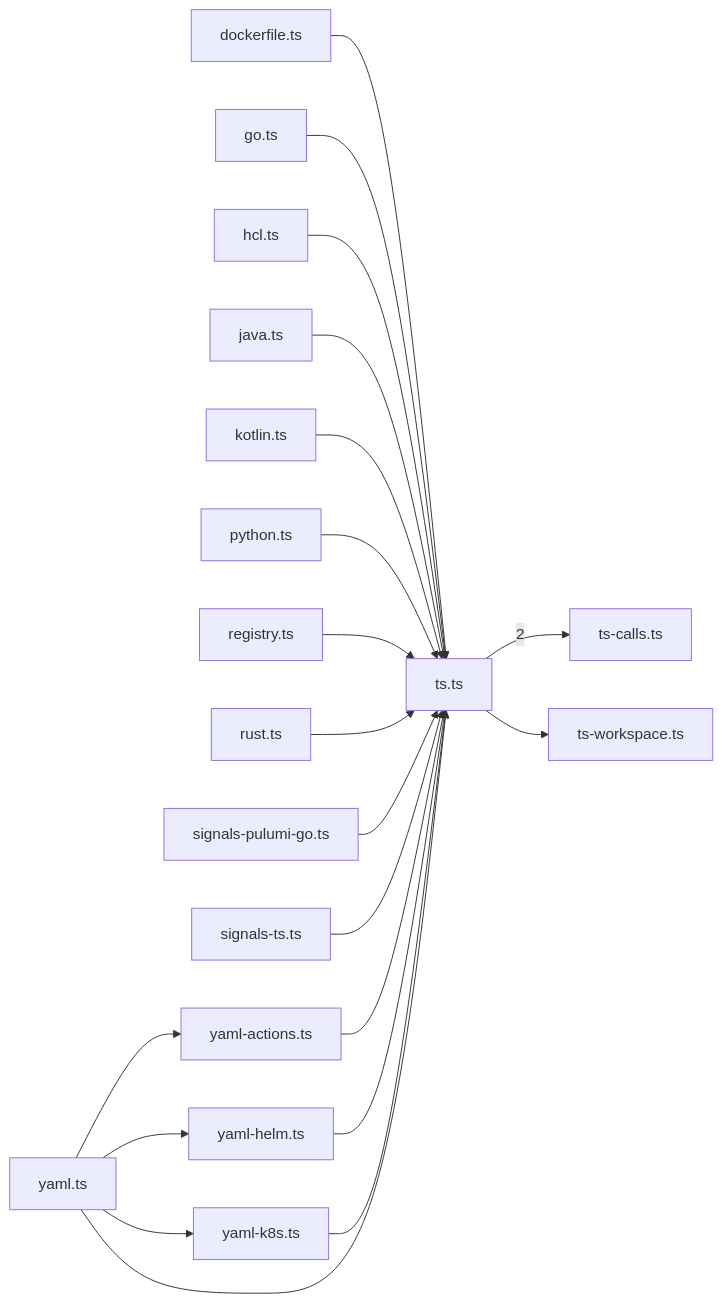
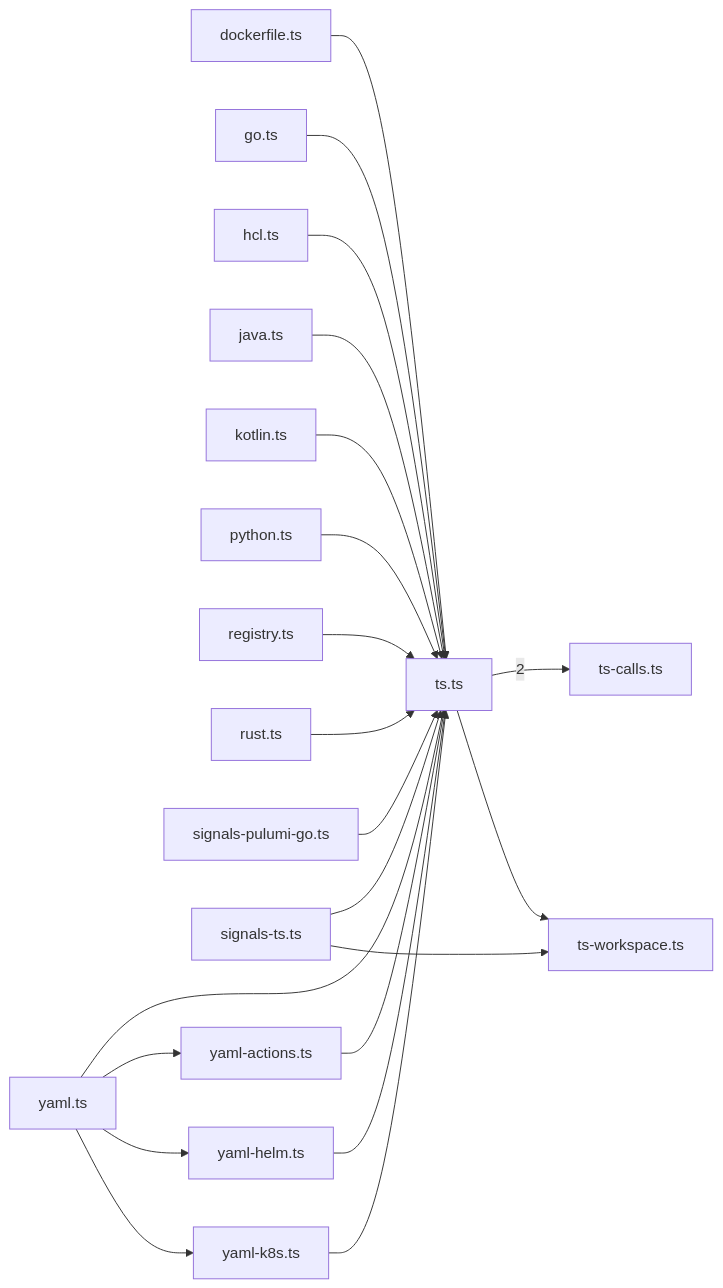
One commit to sns45/greplost changed the fourth of 6 diagrams in .greplost/packages/greplost__bench/MAP.md. Above: the diagram before and after it, drawn with Mermaid. The commit also changed other lines of this file and 50 other files, not shown here.

````diff
--- a/.greplost/packages/greplost__bench/MAP.md
+++ b/.greplost/packages/greplost__bench/MAP.md
@@ -157,39 +157,40 @@
 ```mermaid
 graph LR
   bench_src_truth_dockerfile_ts["dockerfile.ts"]
   bench_src_truth_go_ts["go.ts"]
   bench_src_truth_hcl_ts["hcl.ts"]
   bench_src_truth_java_ts["java.ts"]
   bench_src_truth_kotlin_ts["kotlin.ts"]
   bench_src_truth_python_ts["python.ts"]
   bench_src_truth_registry_ts["registry.ts"]
   bench_src_truth_rust_ts["rust.ts"]
   bench_src_truth_signals_pulumi_go_ts["signals-pulumi-go.ts"]
   bench_src_truth_signals_ts_ts["signals-ts.ts"]
   bench_src_truth_ts_calls_ts["ts-calls.ts"]
   bench_src_truth_ts_ts["ts.ts"]
   bench_src_truth_ts_workspace_ts["ts-workspace.ts"]
   bench_src_truth_yaml_actions_ts["yaml-actions.ts"]
   bench_src_truth_yaml_helm_ts["yaml-helm.ts"]
   bench_src_truth_yaml_k8s_ts["yaml-k8s.ts"]
   bench_src_truth_yaml_ts["yaml.ts"]
   bench_src_truth_dockerfile_ts --> bench_src_truth_ts_ts
   bench_src_truth_go_ts --> bench_src_truth_ts_ts
   bench_src_truth_hcl_ts --> bench_src_truth_ts_ts
   bench_src_truth_java_ts --> bench_src_truth_ts_ts
   bench_src_truth_kotlin_ts --> bench_src_truth_ts_ts
   bench_src_truth_python_ts --> bench_src_truth_ts_ts
   bench_src_truth_registry_ts --> bench_src_truth_ts_ts
   bench_src_truth_rust_ts --> bench_src_truth_ts_ts
   bench_src_truth_signals_pulumi_go_ts --> bench_src_truth_ts_ts
   bench_src_truth_signals_ts_ts --> bench_src_truth_ts_ts
+  bench_src_truth_signals_ts_ts --> bench_src_truth_ts_workspace_ts
   bench_src_truth_ts_ts -->|2| bench_src_truth_ts_calls_ts
   bench_src_truth_ts_ts --> bench_src_truth_ts_workspace_ts
   bench_src_truth_yaml_actions_ts --> bench_src_truth_ts_ts
   bench_src_truth_yaml_helm_ts --> bench_src_truth_ts_ts
   bench_src_truth_yaml_k8s_ts --> bench_src_truth_ts_ts
   bench_src_truth_yaml_ts --> bench_src_truth_ts_ts
   bench_src_truth_yaml_ts --> bench_src_truth_yaml_actions_ts
   bench_src_truth_yaml_ts --> bench_src_truth_yaml_helm_ts
   bench_src_truth_yaml_ts --> bench_src_truth_yaml_k8s_ts
 ```
````
